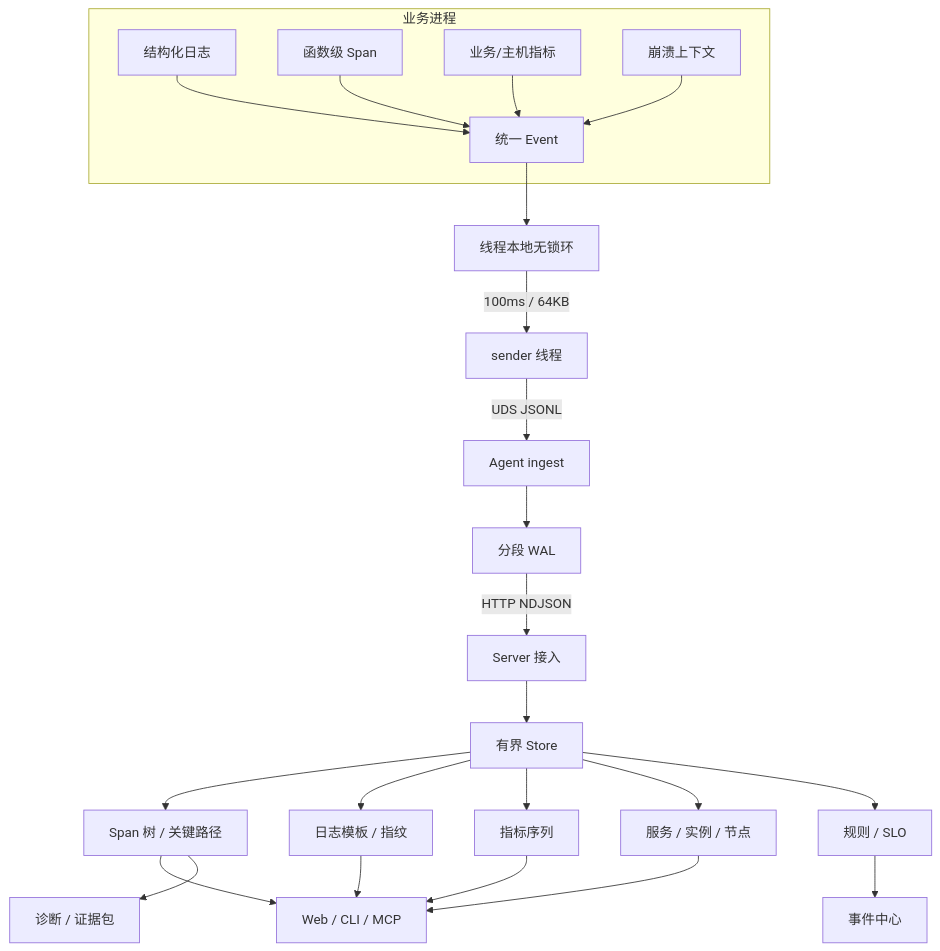
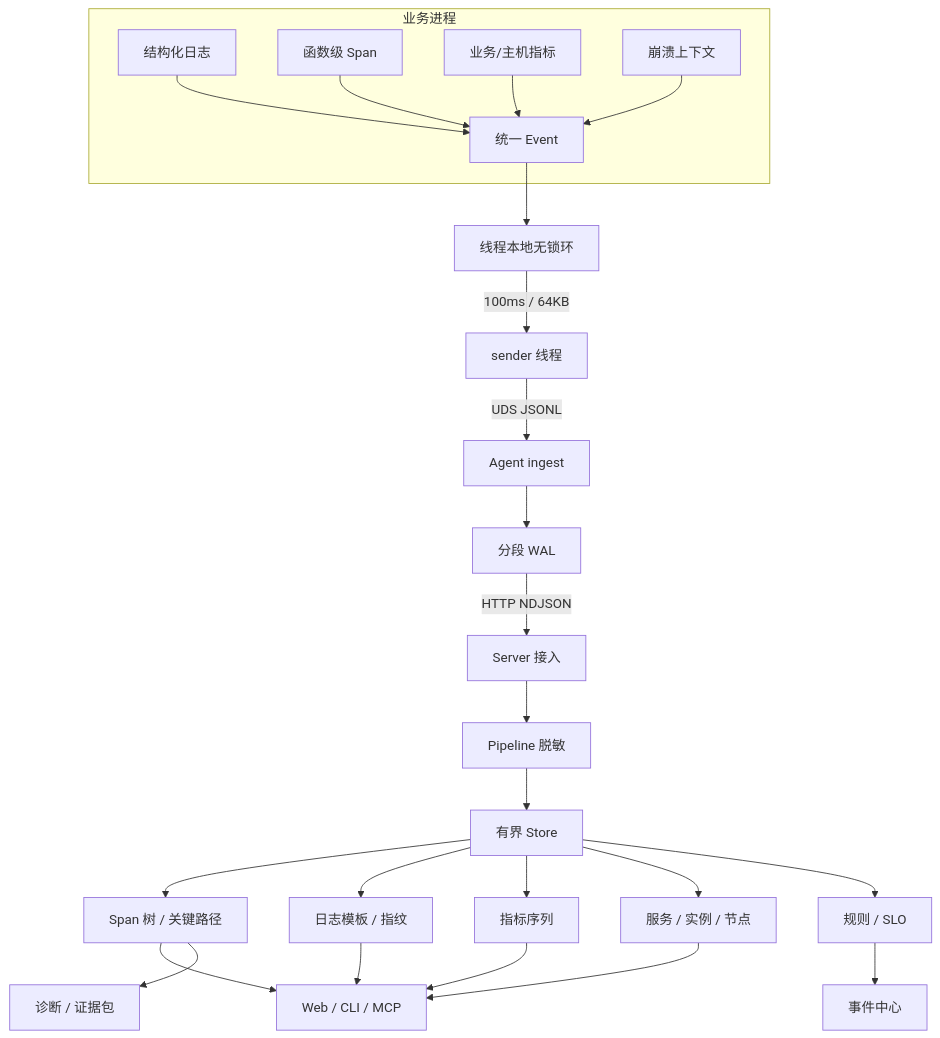
One commit to git163/CplusTrace changed diagram 11 of 14 in docs/module-design.md. Above: the diagram before and after it, drawn with Mermaid. The commit also changed other lines of this file and 27 other files, not shown here.

First line of the commit message:
补齐模块设计图、客户端接入与竞品关键能力

````diff
--- a/docs/module-design.md
+++ b/docs/module-design.md
@@ -853,29 +891,30 @@
 ```mermaid
 flowchart TD
   subgraph 业务进程
     L[结构化日志] --> E[统一 Event]
     S[函数级 Span] --> E
     M[业务/主机指标] --> E
     C[崩溃上下文] --> E
   end
 
   E --> R[线程本地无锁环]
   R -->|100ms / 64KB| SD[sender 线程]
   SD -->|UDS JSONL| AG[Agent ingest]
   AG --> W[分段 WAL]
   W -->|HTTP NDJSON| SV[Server 接入]
 
-  SV --> ST[有界 Store]
+  SV --> PL[Pipeline 脱敏]
+  PL --> ST[有界 Store]
   ST --> T[Span 树 / 关键路径]
   ST --> LC[日志模板 / 指纹]
   ST --> MT[指标序列]
   ST --> CAT[服务 / 实例 / 节点]
 
   T --> UI[Web / CLI / MCP]
   LC --> UI
   MT --> UI
   CAT --> UI
   ST --> RU[规则 / SLO]
   RU --> EVT[事件中心]
   T --> DG[诊断 / 证据包]
 ```
````
